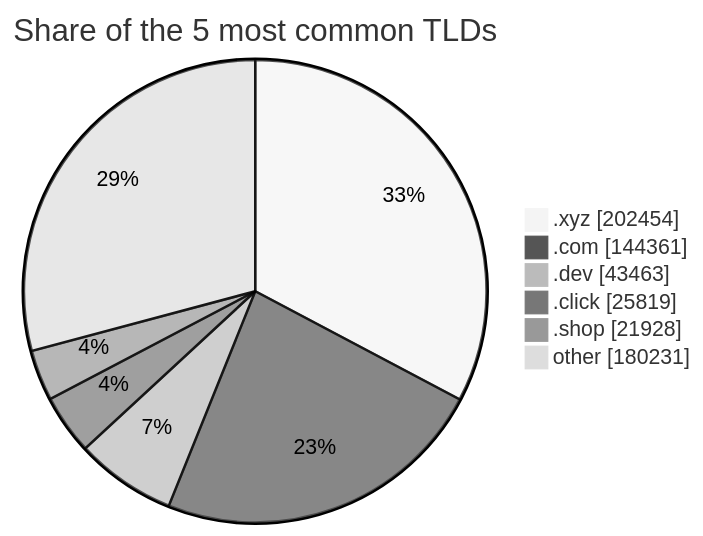
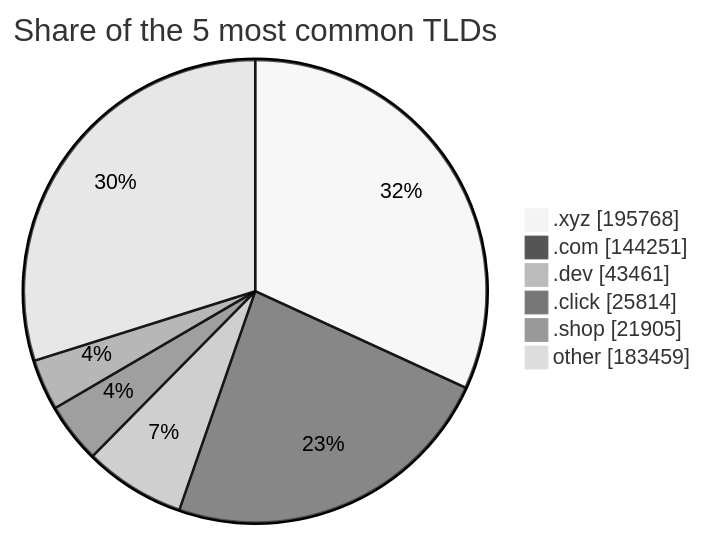
One commit to DNSBunker/CTI changed the third of 3 diagrams in README.md. Above: the diagram before and after it, drawn with Mermaid (neutral theme). The commit also changed other lines of this file and 3 other files, not shown here.

````diff
--- a/README.md
+++ b/README.md
@@ -81,9 +81,9 @@
 ```mermaid
 pie showData title Share of the 5 most common TLDs
-    ".xyz" : 202454
-    ".com" : 144361
-    ".dev" : 43463
-    ".click" : 25819
-    ".shop" : 21928
-    "other" : 180231
+    ".xyz" : 195768
+    ".com" : 144251
+    ".dev" : 43461
+    ".click" : 25814
+    ".shop" : 21905
+    "other" : 183459
 ```
````
